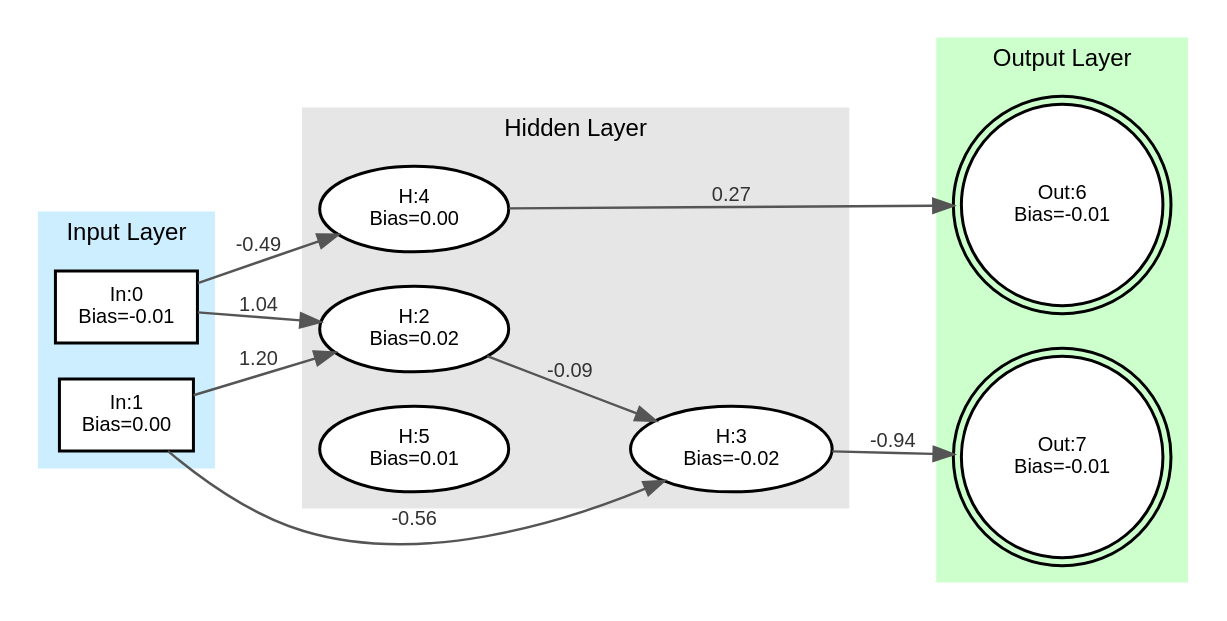
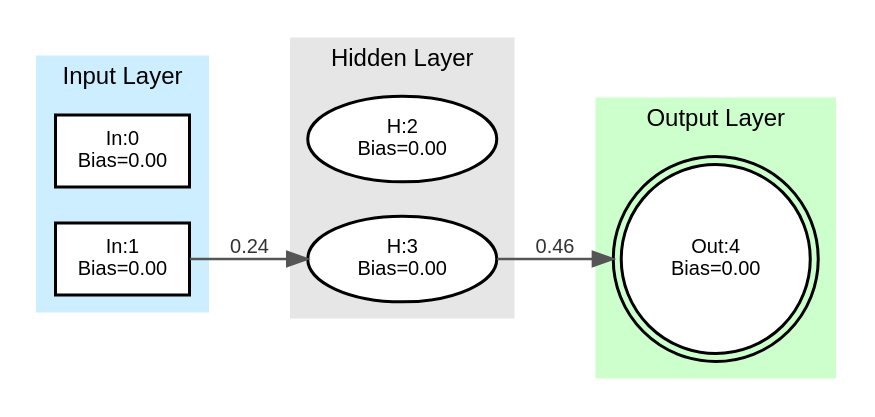
Before and after one commit to Apoxtrophe/MiNET_AI: the diagram in minet_test.dot, drawn with Graphviz. The commit also changed 2 other files, not shown here.

```diff
--- a/minet_test.dot
+++ b/minet_test.dot
@@ -1,54 +1,46 @@
 digraph Minet {
     // Use left-to-right orientation
     rankdir=LR;
     graph [layout=dot, fontname="Helvetica", fontsize=12];
     node [fontname="Helvetica", fontsize=10];
     edge [fontname="Helvetica", fontsize=10];
 
     subgraph cluster_inputs {
         style=filled;
         color="#cceeff";
         penwidth=1.5;
         label="Input Layer";
         labelloc="top";
         labeljust="center";
         rank=same;
-        neuron_0 [shape=box, style=filled, fillcolor=white, penwidth=1.5, label="In:0\nBias=-0.01"];
+        neuron_0 [shape=box, style=filled, fillcolor=white, penwidth=1.5, label="In:0\nBias=0.00"];
         neuron_1 [shape=box, style=filled, fillcolor=white, penwidth=1.5, label="In:1\nBias=0.00"];
     }
 
     subgraph cluster_hidden {
         style=filled;
         color="#e6e6e6";
         penwidth=1.5;
         label="Hidden Layer";
         labelloc="top";
         labeljust="center";
-        neuron_2 [shape=ellipse, style=filled, fillcolor=white, penwidth=1.5, label="H:2\nBias=0.02"];
-        neuron_3 [shape=ellipse, style=filled, fillcolor=white, penwidth=1.5, label="H:3\nBias=-0.02"];
-        neuron_4 [shape=ellipse, style=filled, fillcolor=white, penwidth=1.5, label="H:4\nBias=0.00"];
-        neuron_5 [shape=ellipse, style=filled, fillcolor=white, penwidth=1.5, label="H:5\nBias=0.01"];
+        neuron_2 [shape=ellipse, style=filled, fillcolor=white, penwidth=1.5, label="H:2\nBias=0.00"];
+        neuron_3 [shape=ellipse, style=filled, fillcolor=white, penwidth=1.5, label="H:3\nBias=0.00"];
     }
 
     subgraph cluster_outputs {
         style=filled;
         color="#ccffcc";
         penwidth=1.5;
         label="Output Layer";
         labelloc="top";
         labeljust="center";
         rank=same;
-        neuron_6 [shape=doublecircle, style=filled, fillcolor=white, penwidth=1.5, label="Out:6\nBias=-0.01"];
-        neuron_7 [shape=doublecircle, style=filled, fillcolor=white, penwidth=1.5, label="Out:7\nBias=-0.01"];
+        neuron_4 [shape=doublecircle, style=filled, fillcolor=white, penwidth=1.5, label="Out:4\nBias=0.00"];
     }
 
     // Edges
     edge [color="#555555", penwidth=1.2];
-    neuron_0 -> neuron_4 [label="-0.49", fontcolor="#333333"];
-    neuron_0 -> neuron_2 [label="1.04", fontcolor="#333333"];
-    neuron_1 -> neuron_2 [label="1.20", fontcolor="#333333"];
-    neuron_1 -> neuron_3 [label="-0.56", fontcolor="#333333"];
-    neuron_2 -> neuron_3 [label="-0.09", fontcolor="#333333"];
-    neuron_3 -> neuron_7 [label="-0.94", fontcolor="#333333"];
-    neuron_4 -> neuron_6 [label="0.27", fontcolor="#333333"];
+    neuron_1 -> neuron_3 [label="0.24", fontcolor="#333333"];
+    neuron_3 -> neuron_4 [label="0.46", fontcolor="#333333"];
 }
```
